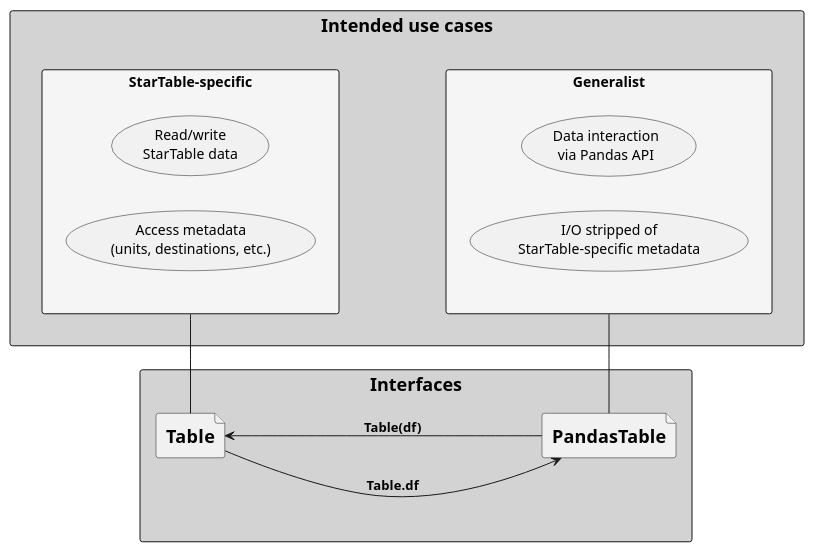
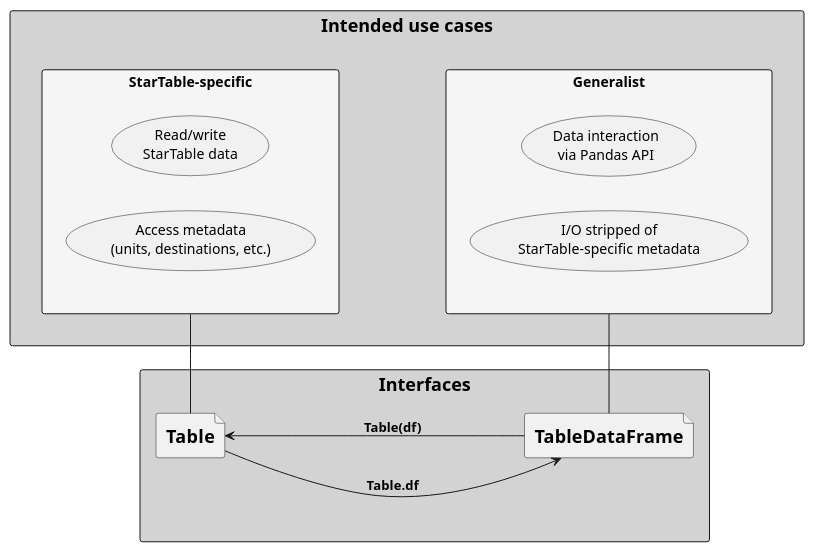
Before and after one commit to startable/pdtable: the diagram in docs/diagrams/src/table_interfaces.puml, drawn with PlantUML. The commit also changed 9 other files, not shown here.

Commit message:
Rename class PandasTable to TableDataFrame

```diff
--- a/docs/diagrams/src/table_interfaces.puml
+++ b/docs/diagrams/src/table_interfaces.puml
@@ -1,35 +1,35 @@
 @startuml table_interfaces
 
 skinparam {
     ArrowFontName Consolas 
     FileFontName Consolas
 }
 
 left to right direction
 
 rectangle use_cases as "=Intended use cases" #LightGray {
 
     rectangle startable_specific as "StarTable-specific" #WhiteSmoke {
         usecase io as "Read/write\nStarTable data"
         usecase metadata as "Access metadata\n(units, destinations, etc.)"
     }
     rectangle generalist as "Generalist" #WhiteSmoke {
         usecase data as "Data interaction\nvia Pandas API"
         usecase io_stripped as "I/O stripped of\nStarTable-specific metadata" 
     }
 }
 
 rectangle interfaces as "=Interfaces" #LightGray {
     file table as "=Table"
-    file df as "=PandasTable"
+    file df as "=TableDataFrame"
 }
 
 table --> df : <b>Table.df
 df --> table : <b>Table(df)
 
 table - startable_specific 
 df - generalist
 startable_specific -[hidden]- generalist
 
 
 @enduml
```
